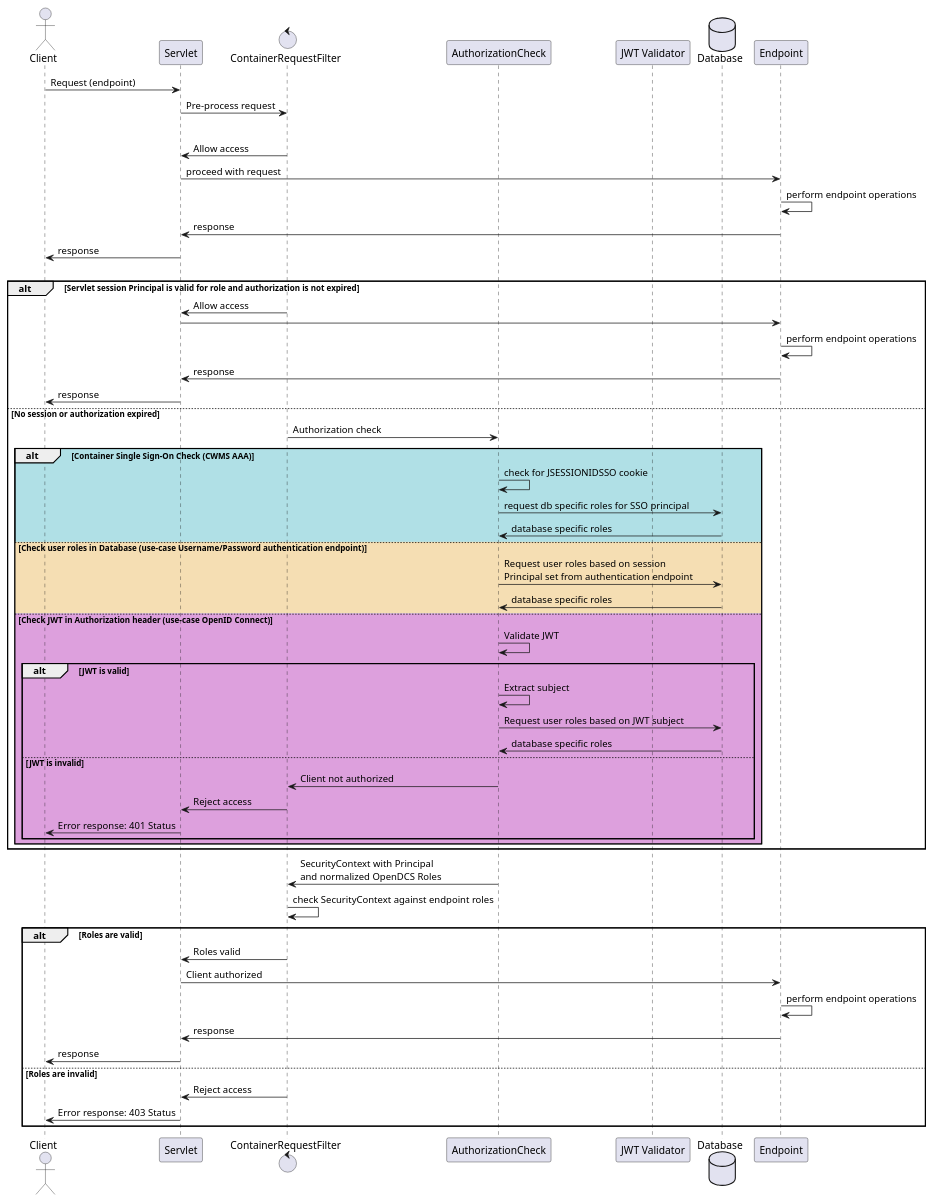
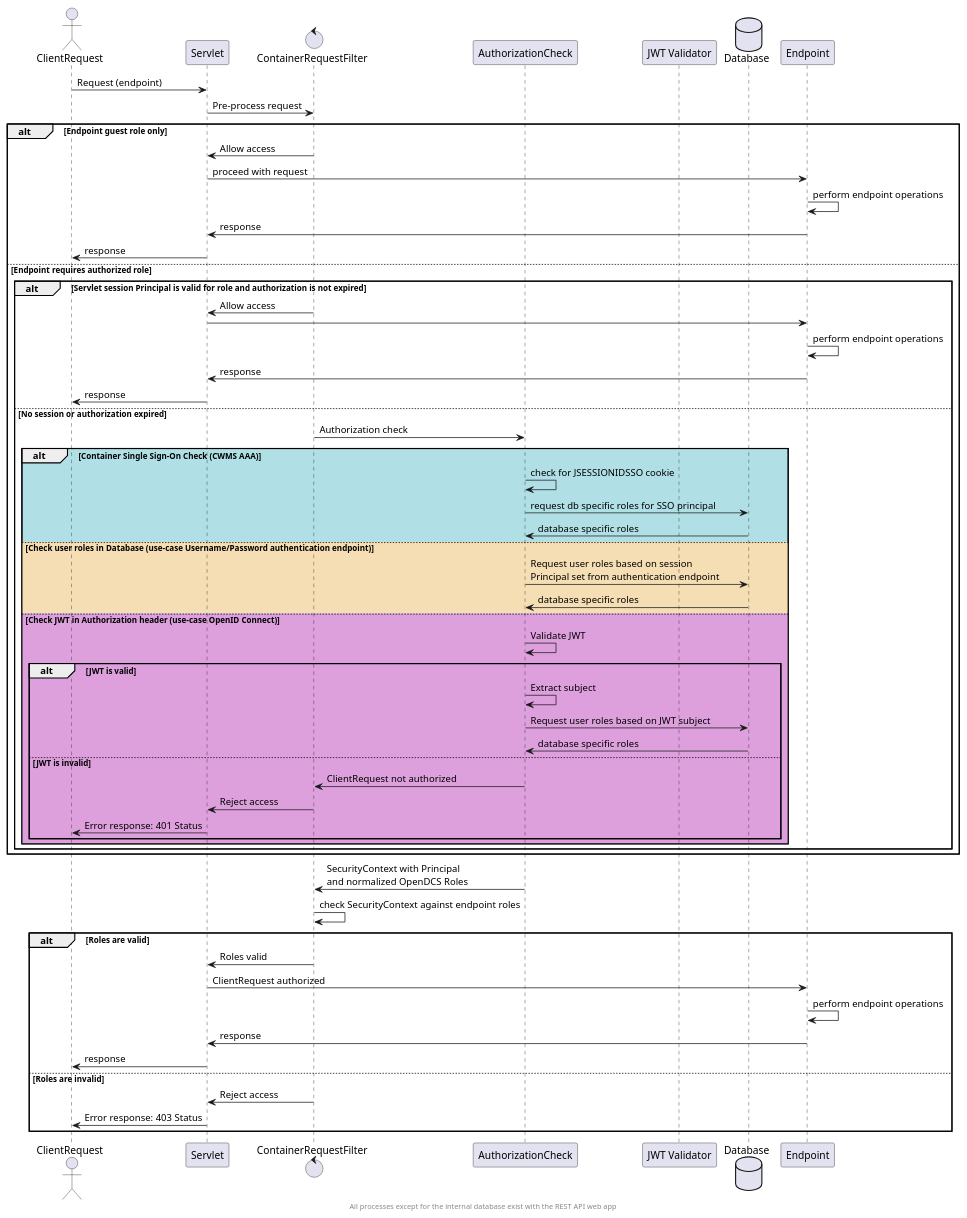
Before and after one commit to opendcs/rest_api: the diagram in doc-source/authorization/authorization_sequence.puml, drawn with PlantUML. The commit also changed 2 other files, not shown here.

```diff
--- a/doc-source/authorization/authorization_sequence.puml
+++ b/doc-source/authorization/authorization_sequence.puml
@@ -1,62 +1,65 @@
 @startuml
-actor Client
+actor ClientRequest
 participant "Servlet" as Servlet
 control "ContainerRequestFilter" as Filter
 participant "AuthorizationCheck" as AuthCheck
 participant "JWT Validator" as JWT
 database "Database" as Database
-participant "Endpoint" as Resource
+participant "Endpoint" as Endpoint
 
-Client -> Servlet: Request (endpoint)
+ClientRequest -> Servlet: Request (endpoint)
 Servlet -> Filter: Pre-process request
 
 alt Endpoint guest role only
     Filter -> Servlet: Allow access
-    Servlet -> Resource: proceed with request
-    Resource -> Resource: perform endpoint operations
-    Resource -> Servlet: response
-    Servlet -> Client: response
+    Servlet -> Endpoint: proceed with request
+    Endpoint -> Endpoint: perform endpoint operations
+    Endpoint -> Servlet: response
+    Servlet -> ClientRequest: response
 else Endpoint requires authorized role
     alt Servlet session Principal is valid for role and authorization is not expired
         Filter -> Servlet: Allow access
-        Servlet -> Resource
-        Resource -> Resource: perform endpoint operations
-        Resource -> Servlet: response
-        Servlet -> Client: response
+        Servlet -> Endpoint
+        Endpoint -> Endpoint: perform endpoint operations
+        Endpoint -> Servlet: response
+        Servlet -> ClientRequest: response
 
     else No session or authorization expired
         Filter -> AuthCheck: Authorization check
         alt #PowderBlue Container Single Sign-On Check (CWMS AAA)
             AuthCheck -> AuthCheck: check for JSESSIONIDSSO cookie
             AuthCheck -> Database: request db specific roles for SSO principal
             Database -> AuthCheck: database specific roles
         else #Wheat Check user roles in Database (use-case Username/Password authentication endpoint)
             AuthCheck -> Database: Request user roles based on session\nPrincipal set from authentication endpoint
             Database -> AuthCheck: database specific roles
         else #Plum Check JWT in Authorization header (use-case OpenID Connect)
             AuthCheck -> AuthCheck: Validate JWT
             alt JWT is valid
                 AuthCheck -> AuthCheck: Extract subject
                 AuthCheck -> Database: Request user roles based on JWT subject
                 Database -> AuthCheck: database specific roles
             else JWT is invalid
-                AuthCheck -> Filter: Client not authorized
+                AuthCheck -> Filter: ClientRequest not authorized
                 Filter -> Servlet: Reject access
-                Servlet -> Client: Error response: 401 Status
+                Servlet -> ClientRequest: Error response: 401 Status
             end
+        end
     end
 end
 AuthCheck -> Filter: SecurityContext with Principal\nand normalized OpenDCS Roles
 Filter -> Filter: check SecurityContext against endpoint roles
 alt Roles are valid
     Filter -> Servlet: Roles valid
-    Servlet -> Resource: Client authorized
-    Resource -> Resource: perform endpoint operations
-    Resource -> Servlet: response
-    Servlet -> Client: response
+    Servlet -> Endpoint: ClientRequest authorized
+    Endpoint -> Endpoint: perform endpoint operations
+    Endpoint -> Servlet: response
+    Servlet -> ClientRequest: response
 else Roles are invalid
     Filter -> Servlet: Reject access
-    Servlet -> Client: Error response: 403 Status
+    Servlet -> ClientRequest: Error response: 403 Status
 end
 
+footer All processes except for the internal database exist with the REST API web app
+
 @enduml
```
